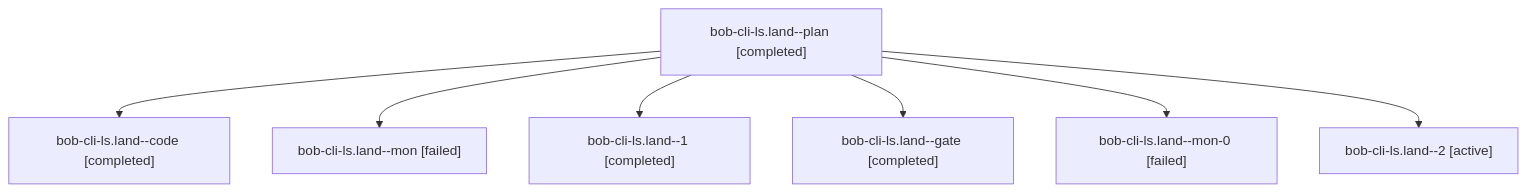
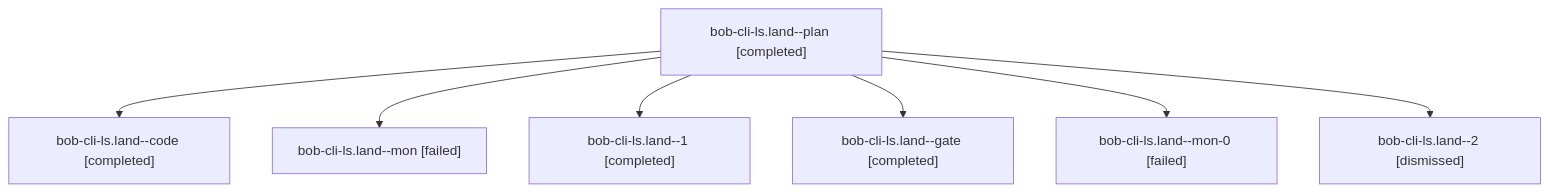
The diagram in sessions/bbugyi200.athena.bob-cli-ls.land.md (bobs-org/bob-cli--agents), drawn with Mermaid before and after one commit. The commit also changed other lines of this file and 102 other files, not shown here.

````diff
--- a/sessions/bbugyi200.athena.bob-cli-ls.land.md
+++ b/sessions/bbugyi200.athena.bob-cli-ls.land.md
@@ -9,16 +9,16 @@
 ```mermaid
 flowchart TD
   n0["bob-cli-ls.land--plan [completed]"]
   n1["bob-cli-ls.land--code [completed]"]
   n0 --> n1
   n2["bob-cli-ls.land--mon [failed]"]
   n0 --> n2
   n3["bob-cli-ls.land--1 [completed]"]
   n0 --> n3
   n4["bob-cli-ls.land--gate [completed]"]
   n0 --> n4
   n5["bob-cli-ls.land--mon-0 [failed]"]
   n0 --> n5
-  n6["bob-cli-ls.land--2 [active]"]
+  n6["bob-cli-ls.land--2 [dismissed]"]
   n0 --> n6
 ```
````
